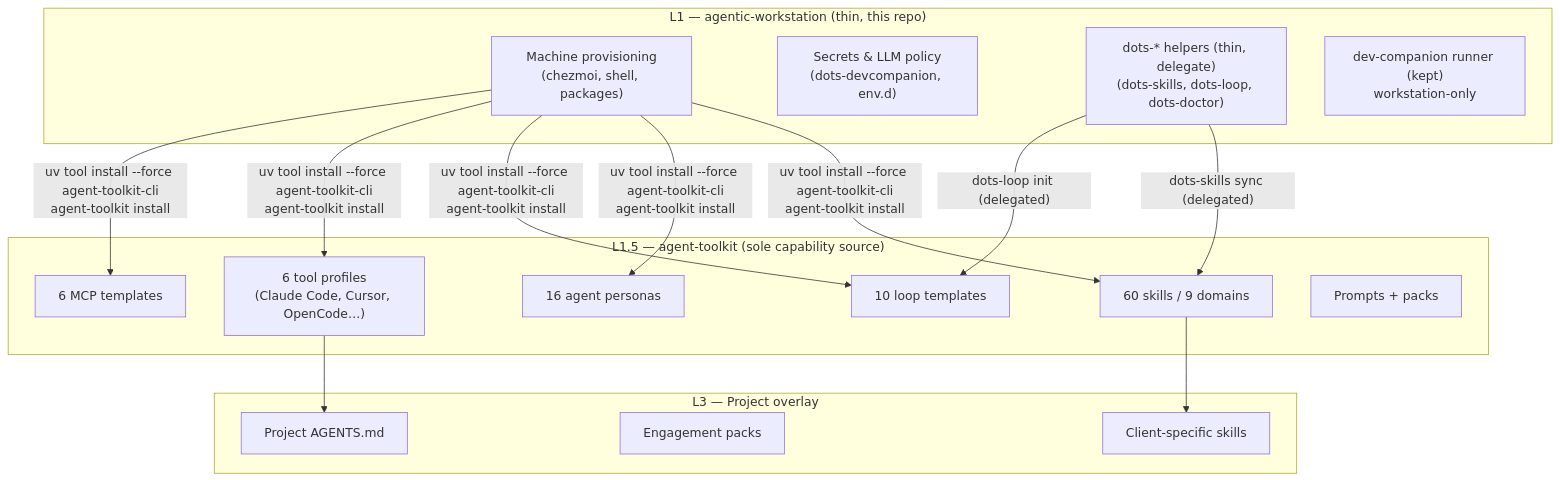
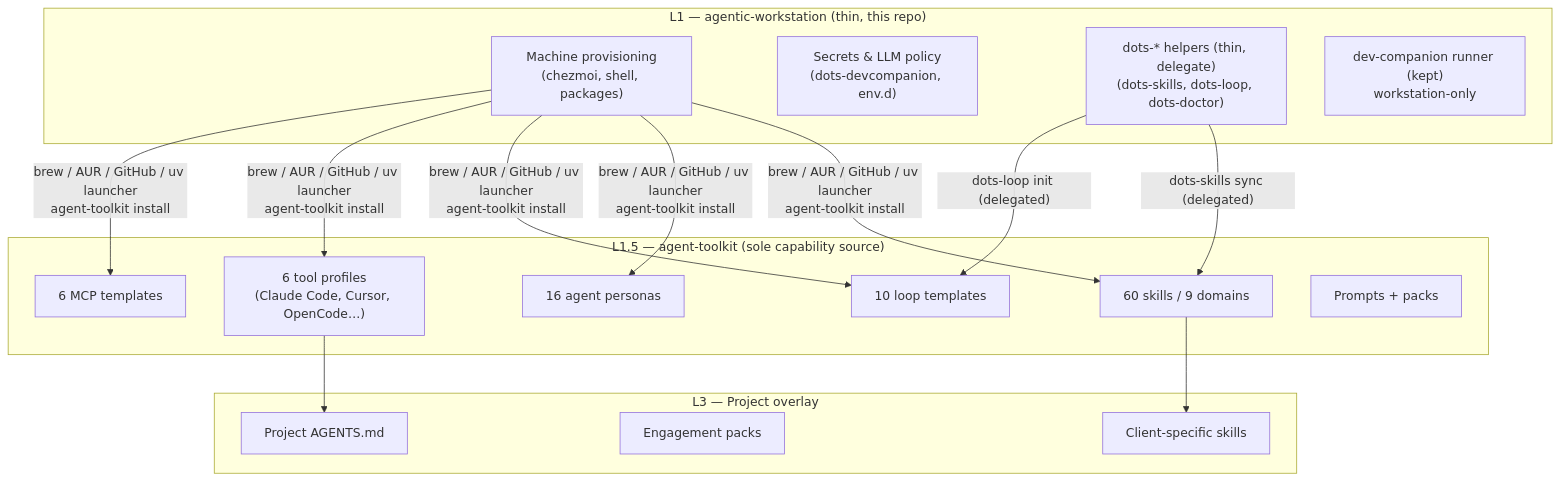
The second of 2 diagrams in docs/ARCHITECTURE.md (ulises-jeremias/agentic-workstation), drawn with Mermaid before and after one commit. The commit also changed other lines of this file and 37 other files, not shown here.

First line of the commit message:
feat(workstation): bootstrap canonical V Agent Toolkit CLI (#207)

````diff
--- a/docs/ARCHITECTURE.md
+++ b/docs/ARCHITECTURE.md
@@ -66,34 +66,34 @@
 ```mermaid
 graph TD
     subgraph "L1 — agentic-workstation (thin, this repo)"
         AW1["Machine provisioning<br/>(chezmoi, shell, packages)"]
         AW2["Secrets & LLM policy<br/>(dots-devcompanion, env.d)"]
         AW3["dots-* helpers (thin, delegate)<br/>(dots-skills, dots-loop, dots-doctor)"]
         AW4["dev-companion runner (kept)<br/>workstation-only"]
     end
 
     subgraph "L1.5 — agent-toolkit (sole capability source)"
         AT1["60 skills / 9 domains"]
         AT2["16 agent personas"]
         AT3["10 loop templates"]
         AT4["6 tool profiles<br/>(Claude Code, Cursor, OpenCode…)"]
         AT5["6 MCP templates"]
         AT6["Prompts + packs"]
     end
 
     subgraph "L3 — Project overlay"
         PO1["Project AGENTS.md"]
         PO2["Engagement packs"]
         PO3["Client-specific skills"]
     end
 
-    AW1 -->|"uv tool install --force agent-toolkit-cli<br/>agent-toolkit install"| AT1
-    AW1 -->|"uv tool install --force agent-toolkit-cli<br/>agent-toolkit install"| AT2
-    AW1 -->|"uv tool install --force agent-toolkit-cli<br/>agent-toolkit install"| AT3
-    AW1 -->|"uv tool install --force agent-toolkit-cli<br/>agent-toolkit install"| AT4
-    AW1 -->|"uv tool install --force agent-toolkit-cli<br/>agent-toolkit install"| AT5
+    AW1 -->|"brew / AUR / GitHub / uv launcher<br/>agent-toolkit install"| AT1
+    AW1 -->|"brew / AUR / GitHub / uv launcher<br/>agent-toolkit install"| AT2
+    AW1 -->|"brew / AUR / GitHub / uv launcher<br/>agent-toolkit install"| AT3
+    AW1 -->|"brew / AUR / GitHub / uv launcher<br/>agent-toolkit install"| AT4
+    AW1 -->|"brew / AUR / GitHub / uv launcher<br/>agent-toolkit install"| AT5
     AW3 -->|"dots-skills sync (delegated)"| AT1
     AW3 -->|"dots-loop init (delegated)"| AT3
     AT1 --> PO3
     AT4 --> PO1
 ```
````
